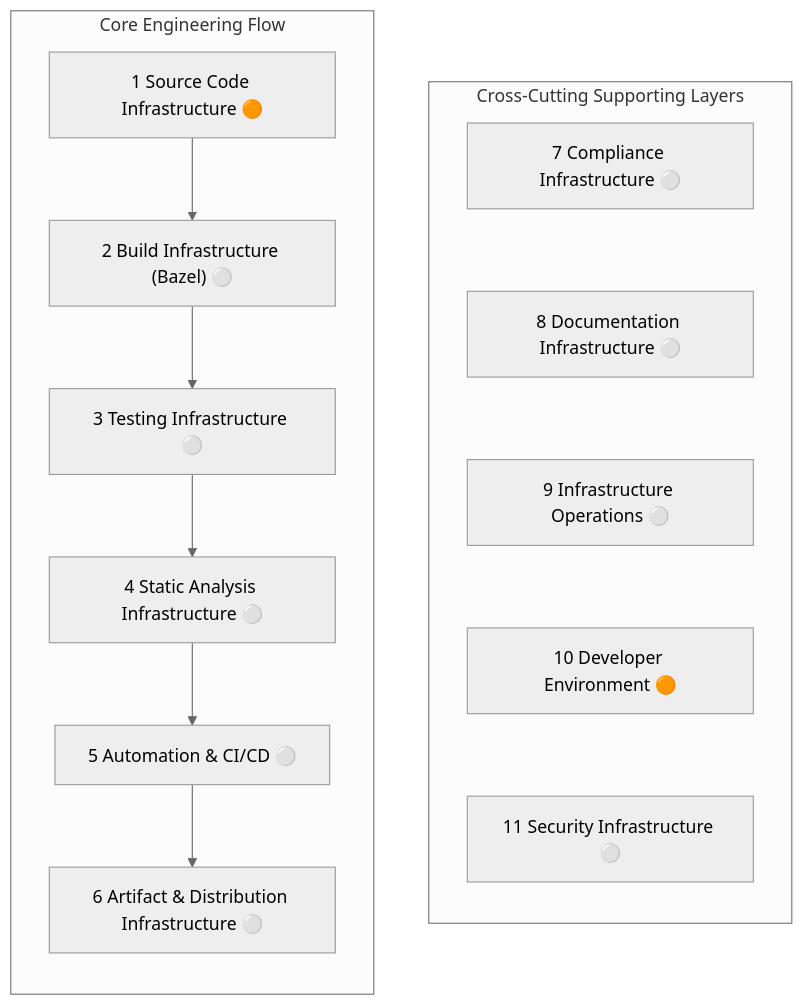
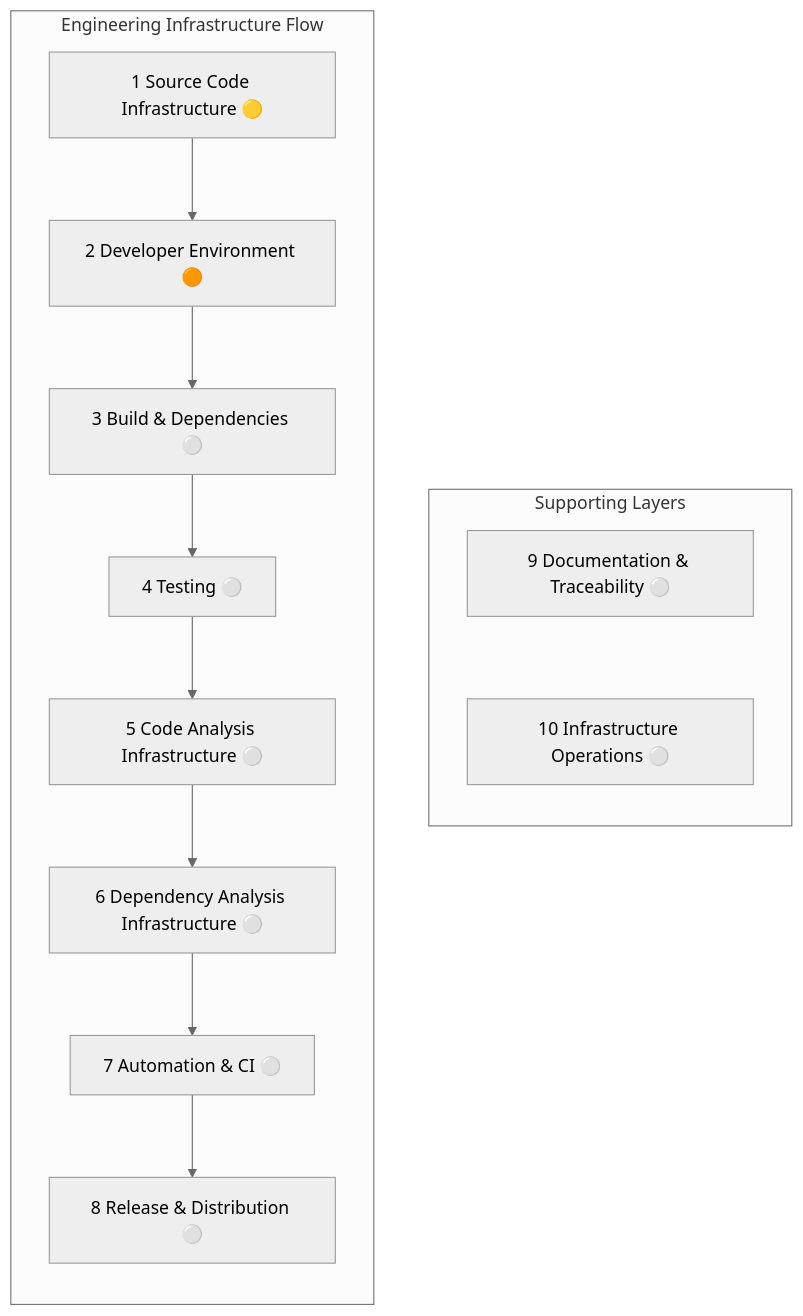
The diagram in docs/index.md (eclipse-score/infrastructure), drawn with Mermaid (neutral theme) before and after one commit. The commit also changed other lines of this file and 15 other files, not shown here.

````diff
--- a/docs/index.md
+++ b/docs/index.md
@@ -73,46 +78,38 @@
 ```mermaid
 flowchart LR
 
-subgraph FLOW["Core Engineering Flow"]
-    C1["1 Source Code Infrastructure 🟠"]
-    C2["2 Build Infrastructure (Bazel) ⚪"]
-    C3["3 Testing Infrastructure ⚪"]
-    C4["4 Static Analysis Infrastructure ⚪"]
-    C5["5 Automation & CI/CD ⚪"]
-    C6["6 Artifact & Distribution Infrastructure ⚪"]
+subgraph FLOW["Engineering Infrastructure Flow"]
+    C1["1 Source Code Infrastructure 🟡"]
+    C2["2 Developer Environment 🟠"]
+    C3["3 Build & Dependencies ⚪"]
+    C4["4 Testing ⚪"]
+    C5["5 Code Analysis Infrastructure ⚪"]
+    C6["6 Dependency Analysis Infrastructure ⚪"]
+    C7["7 Automation & CI ⚪"]
+    C8["8 Release & Distribution ⚪"]
 
-    C1 --> C2 --> C3 --> C4 --> C5 --> C6
+    C1 --> C2 --> C3 --> C4 --> C5 --> C6 --> C7 --> C8
 end
 
-subgraph SUPPORT["Cross-Cutting Supporting Layers"]
-    C7["7 Compliance Infrastructure ⚪"]
-    C8["8 Documentation Infrastructure ⚪"]
-    C9["9 Infrastructure Operations ⚪"]
-    C10["10 Developer Environment 🟠"]
-    C11["11 Security Infrastructure ⚪"]
+subgraph SUPPORT["Supporting Layers"]
+    C9["9 Documentation & Traceability ⚪"]
+    C10["10 Infrastructure Operations ⚪"]
 end
 
 %% Hidden edges to force layout:
 FLOW --- SUPPORT
-C7 --- C8
-C8 --- C9
 C9 --- C10
-C10 --- C11
-linkStyle 5 stroke-width:0px
-linkStyle 6 stroke-width:0px
 linkStyle 7 stroke-width:0px
 linkStyle 8 stroke-width:0px
-linkStyle 9 stroke-width:0px
 
 click C1 href "source-code-infrastructure/" "Open chapter 1"
-click C2 href "build-infrastructure/" "Open chapter 2"
-click C3 href "testing-infrastructure/" "Open chapter 3"
-click C4 href "static-analysis-infrastructure/" "Open chapter 4"
-click C5 href "automation-integration/" "Open chapter 5"
-click C6 href "artifact-distribution/" "Open chapter 6"
-click C7 href "compliance-infrastructure/" "Open chapter 7"
-click C8 href "documentation-infrastructure/" "Open chapter 8"
-click C9 href "infrastructure-operations/" "Open chapter 9"
-click C10 href "developer-environment/" "Open chapter 10"
-click C11 href "security-infrastructure/" "Open chapter 11"
+click C2 href "developer-environment/" "Open chapter 2"
+click C3 href "build-infrastructure/" "Open chapter 3"
+click C4 href "testing-infrastructure/" "Open chapter 4"
+click C5 href "static-analysis-infrastructure/" "Open chapter 5"
+click C6 href "compliance-infrastructure/" "Open chapter 6"
+click C7 href "automation-integration/" "Open chapter 7"
+click C8 href "artifact-distribution/" "Open chapter 8"
+click C9 href "documentation-infrastructure/" "Open chapter 9"
+click C10 href "infrastructure-operations/" "Open chapter 10"
 ```
````
